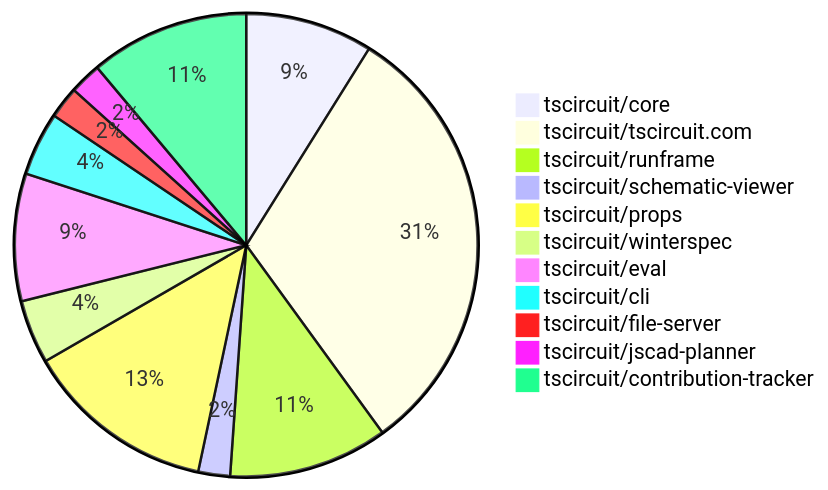
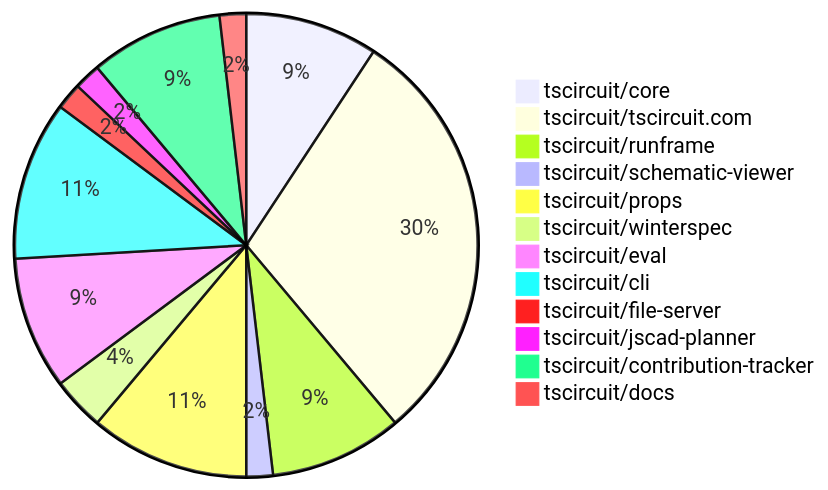
The diagram in README.md (tscircuit/contribution-tracker), drawn with Mermaid before and after one commit. The commit also changed other lines of this file and 2 other files, not shown here.

````diff
--- a/README.md
+++ b/README.md
@@ -24,14 +24,15 @@
 ```mermaid
 pie
-    "tscircuit/core" : 4
-    "tscircuit/tscircuit.com" : 14
+    "tscircuit/core" : 5
+    "tscircuit/tscircuit.com" : 16
     "tscircuit/runframe" : 5
     "tscircuit/schematic-viewer" : 1
     "tscircuit/props" : 6
     "tscircuit/winterspec" : 2
-    "tscircuit/eval" : 4
-    "tscircuit/cli" : 2
+    "tscircuit/eval" : 5
+    "tscircuit/cli" : 6
     "tscircuit/file-server" : 1
     "tscircuit/jscad-planner" : 1
     "tscircuit/contribution-tracker" : 5
+    "tscircuit/docs" : 1
 ```
````
